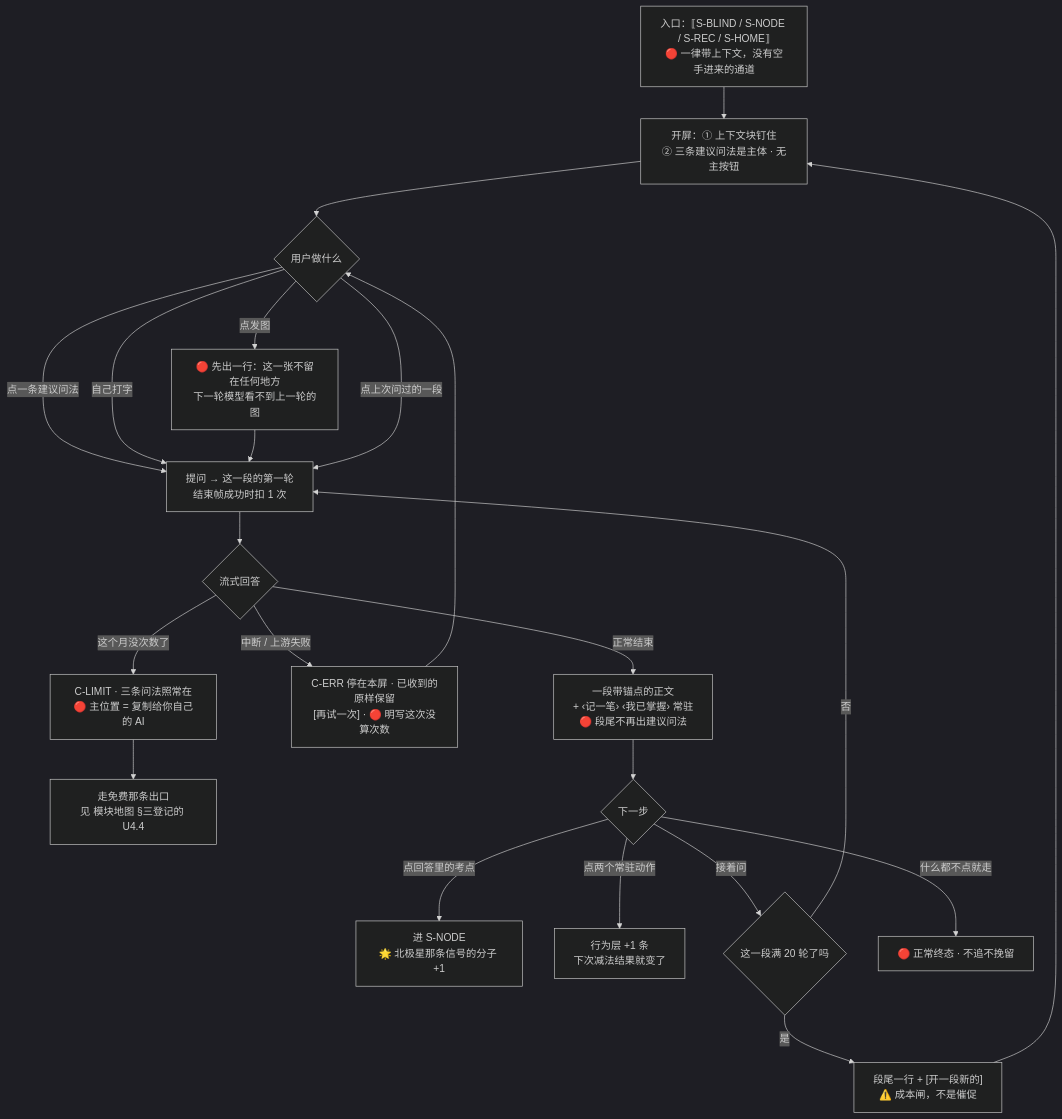
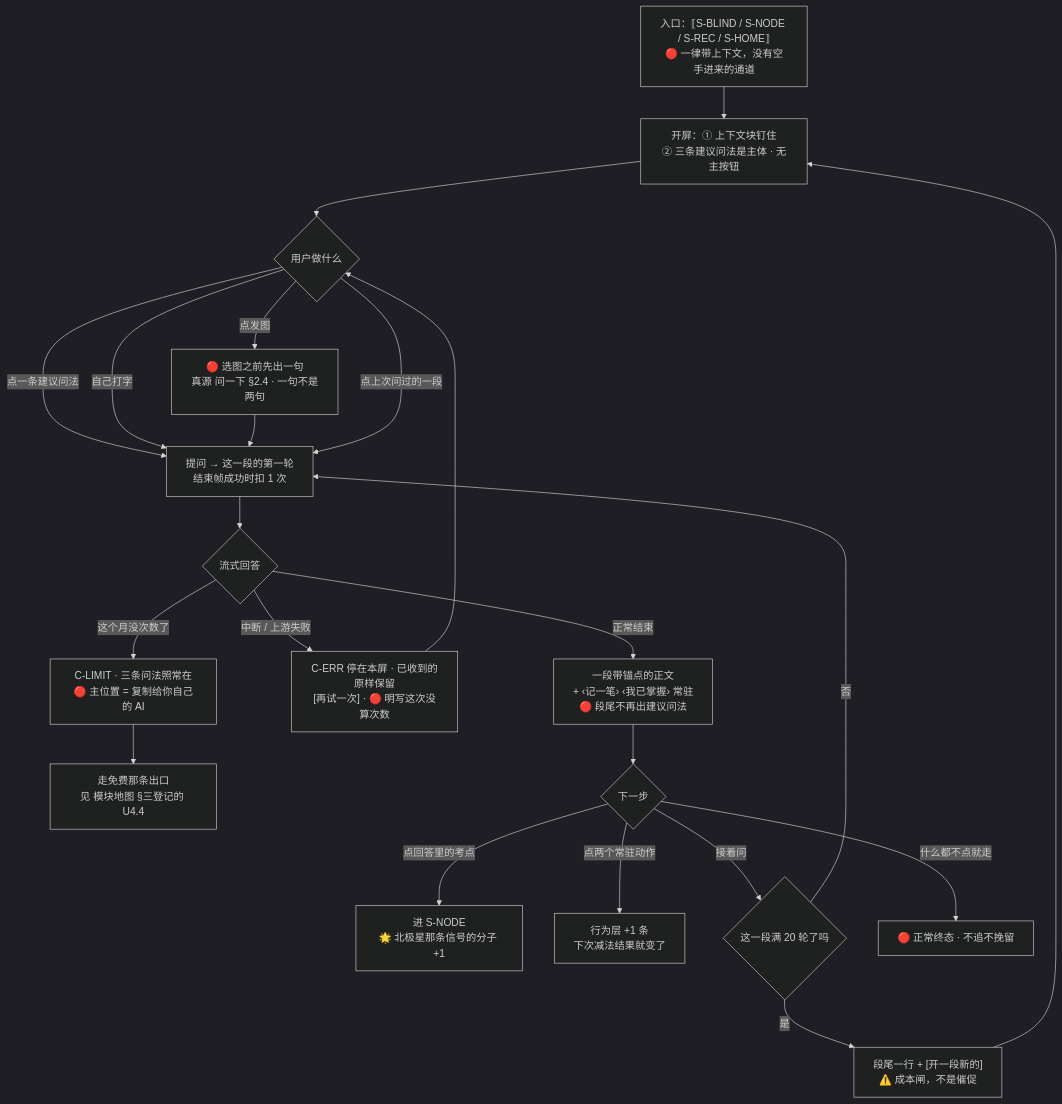
Before and after one commit to chenyuanjin/kubic: the diagram in docs/product/modules/M3-盲区与覆盖度/U3.7-问一下.md, drawn with Mermaid (dark theme). The commit also changed other lines of this file and 2 other files, not shown here.

First line of the commit message:
KUBI-76 闭 M3-G11 / M3-G12:发图那一句并成一句、档案屏主按钮改「好了」

````diff
--- a/docs/product/modules/M3-盲区与覆盖度/U3.7-问一下.md
+++ b/docs/product/modules/M3-盲区与覆盖度/U3.7-问一下.md
@@ -321,24 +324,24 @@
 ```mermaid
 flowchart TD
     E["入口：⟦S-BLIND / S-NODE / S-REC / S-HOME⟧<br/>🔴 一律带上下文，没有空手进来的通道"] --> B["开屏：① 上下文块钉住<br/>② 三条建议问法是主体 · 无主按钮"]
     B --> C{"用户做什么"}
     C -->|"点一条建议问法"| S["提问 → 这一段的第一轮<br/>结束帧成功时扣 1 次"]
     C -->|"自己打字"| S
-    C -->|"点发图"| IMG["🔴 先出一行：这一张不留在任何地方<br/>下一轮模型看不到上一轮的图"]
+    C -->|"点发图"| IMG["🔴 选图之前先出一句<br/>真源 问一下 §2.4 · 一句不是两句"]
     IMG --> S
     C -->|"点上次问过的一段"| S
     S --> R{"流式回答"}
     R -->|"正常结束"| A["一段带锚点的正文<br/>+ ‹记一笔› ‹我已掌握› 常驻<br/>🔴 段尾不再出建议问法"]
     R -->|"中断 / 上游失败"| ER["C-ERR 停在本屏 · 已收到的原样保留<br/>[再试一次] · 🔴 明写这次没算次数"]
     R -->|"这个月没次数了"| LM["C-LIMIT · 三条问法照常在<br/>🔴 主位置 = 复制给你自己的 AI"]
     ER --> C
     LM --> FREE["走免费那条出口<br/>见 模块地图 §三登记的 U4.4"]
     A --> N{"下一步"}
     N -->|"点回答里的考点"| ND["进 S-NODE<br/>🌟 北极星那条信号的分子 +1"]
     N -->|"点两个常驻动作"| REC["行为层 +1 条<br/>下次减法结果就变了"]
     N -->|"接着问"| S2{"这一段满 20 轮了吗"}
     S2 -->|"否"| S
     S2 -->|"是"| CAP["段尾一行 + [开一段新的]<br/>⚠️ 成本闸，不是催促"]
     CAP --> B
     N -->|"什么都不点就走"| OUT["🔴 正常终态 · 不追不挽留"]
 ```
````
